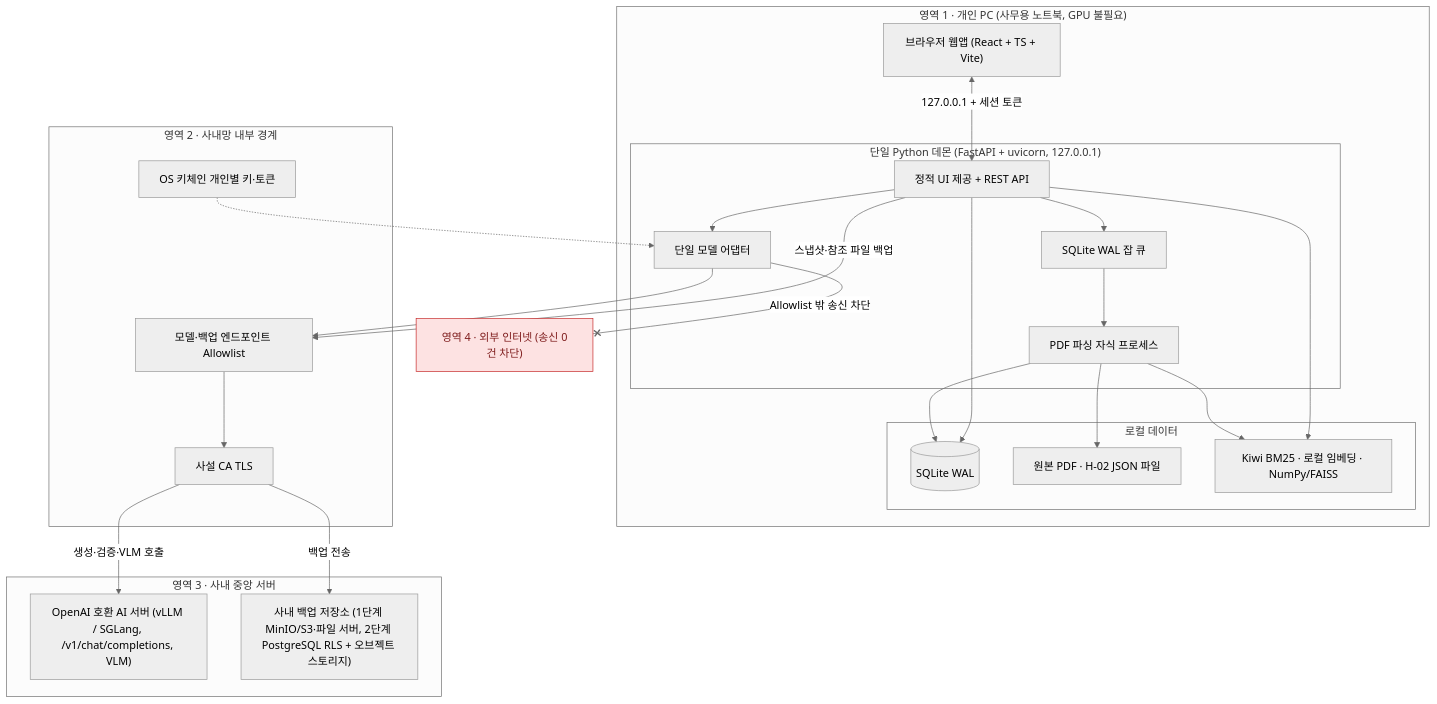
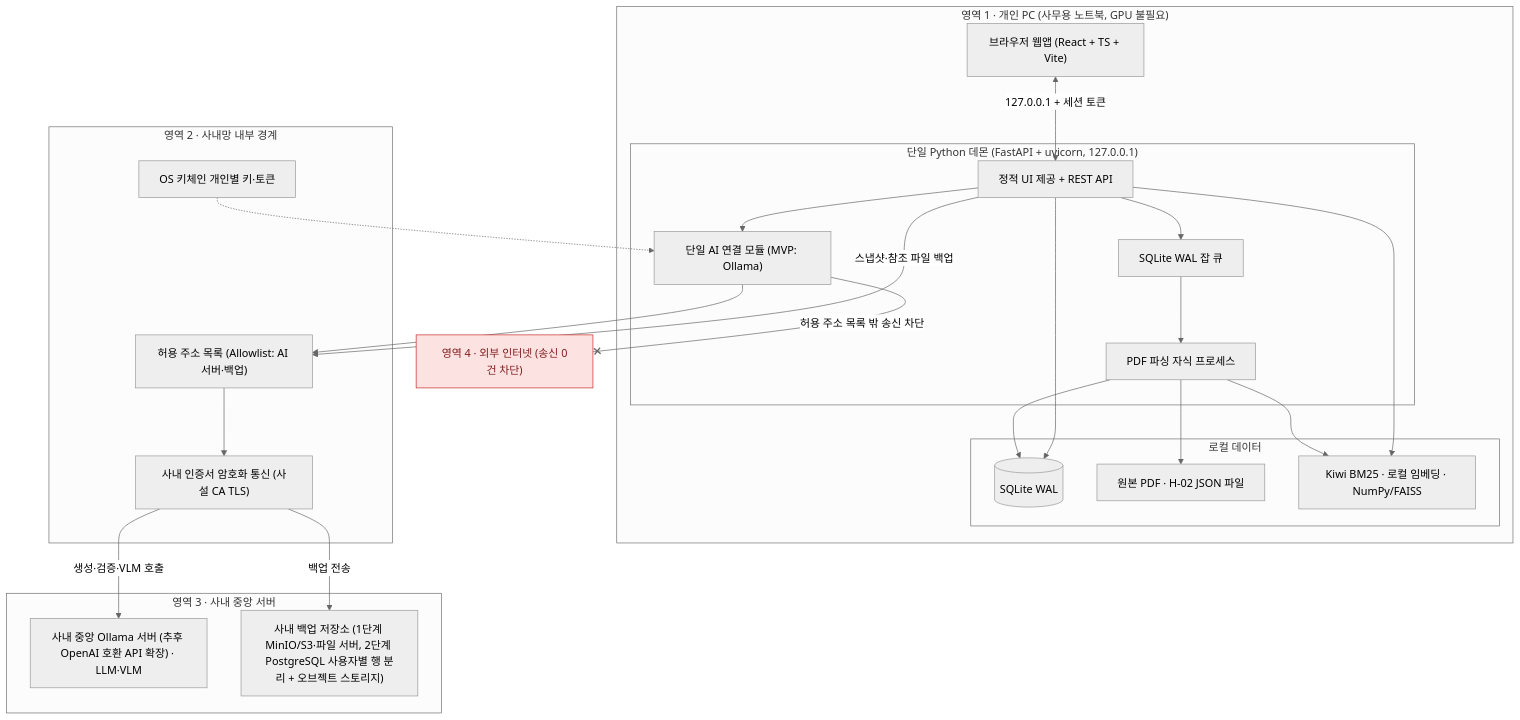
One commit to Jungminii-1114/ReportAnchor changed the first of 3 diagrams in docs/local-daemon-and-deployment.md. Above: the diagram before and after it, drawn with Mermaid (neutral theme). The commit also changed other lines of this file and 5 other files, not shown here.

Commit message:
문서: 백엔드 AI 연동 Ollama MVP 확정 및 아키텍처 용어 순화

````diff
--- a/docs/local-daemon-and-deployment.md
+++ b/docs/local-daemon-and-deployment.md
@@ -48,49 +49,49 @@
 ```mermaid
 flowchart TB
     subgraph PC["영역 1 · 개인 PC (사무용 노트북, GPU 불필요)"]
         UI["브라우저 웹앱 (React + TS + Vite)"]
         subgraph DAEMON["단일 Python 데몬 (FastAPI + uvicorn, 127.0.0.1)"]
             API["정적 UI 제공 + REST API"]
             JOBQ["SQLite WAL 잡 큐"]
             PARSE["PDF 파싱 자식 프로세스"]
-            ADAPTER["단일 모델 어댑터"]
+            ADAPTER["단일 AI 연결 모듈 (MVP: Ollama)"]
         end
         subgraph LOCALDATA["로컬 데이터"]
             DB[("SQLite WAL")]
             FILES["원본 PDF · H-02 JSON 파일"]
             INDEX["Kiwi BM25 · 로컬 임베딩 · NumPy/FAISS"]
         end
     end
 
     subgraph EDGE["영역 2 · 사내망 내부 경계"]
-        ALLOW["모델·백업 엔드포인트 Allowlist"]
-        TLS["사설 CA TLS"]
+        ALLOW["허용 주소 목록 (Allowlist: AI 서버·백업)"]
+        TLS["사내 인증서 암호화 통신 (사설 CA TLS)"]
         KEYS["OS 키체인 개인별 키·토큰"]
     end
 
     subgraph CENTER["영역 3 · 사내 중앙 서버"]
-        AISRV["OpenAI 호환 AI 서버 (vLLM / SGLang, /v1/chat/completions, VLM)"]
-        BACKUP["사내 백업 저장소 (1단계 MinIO/S3·파일 서버, 2단계 PostgreSQL RLS + 오브젝트 스토리지)"]
+        AISRV["사내 중앙 Ollama 서버 (추후 OpenAI 호환 API 확장) · LLM·VLM"]
+        BACKUP["사내 백업 저장소 (1단계 MinIO/S3·파일 서버, 2단계 PostgreSQL 사용자별 행 분리 + 오브젝트 스토리지)"]
     end
 
     INTERNET["영역 4 · 외부 인터넷 (송신 0건 차단)"]
 
     UI <-->|"127.0.0.1 + 세션 토큰"| API
     API --> JOBQ
     JOBQ --> PARSE
     PARSE --> DB
     PARSE --> FILES
     PARSE --> INDEX
     API --> DB
     API --> INDEX
     API --> ADAPTER
     KEYS -.-> ADAPTER
     ADAPTER --> ALLOW
     ALLOW --> TLS
     TLS -->|"생성·검증·VLM 호출"| AISRV
     API -->|"스냅샷·참조 파일 백업"| ALLOW
     TLS -->|"백업 전송"| BACKUP
-    ADAPTER --x|"Allowlist 밖 송신 차단"| INTERNET
+    ADAPTER --x|"허용 주소 목록 밖 송신 차단"| INTERNET
 
     style INTERNET fill:#fde2e2,stroke:#c62828,color:#7f1d1d
 ```
````
